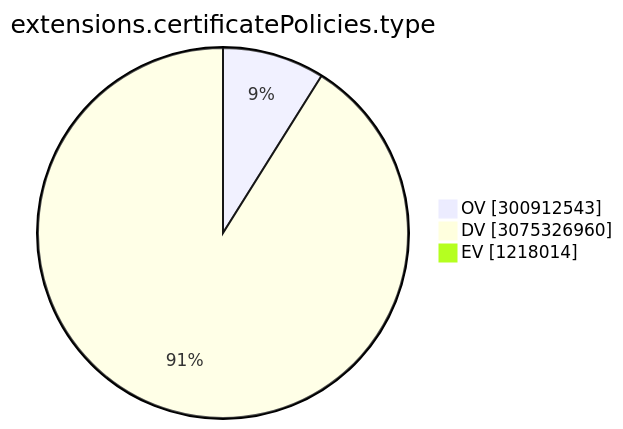
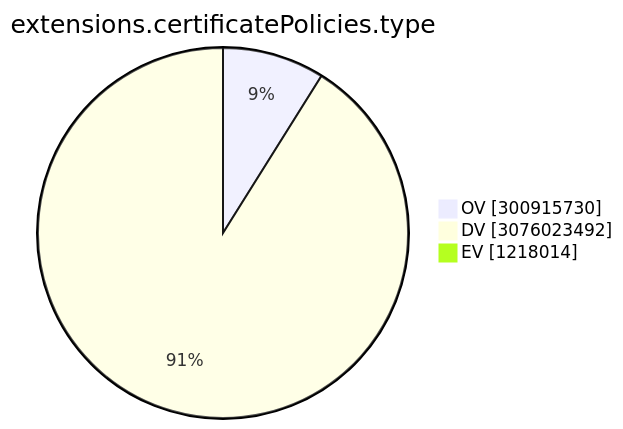
One commit to christiankrug/ctmonitor_visualization changed the ninth of 15 diagrams in TOTAL/README.md. Above: the diagram before and after it, drawn with Mermaid. The commit also changed other lines of this file, not shown here.

````diff
--- a/TOTAL/README.md
+++ b/TOTAL/README.md
@@ -3102,7 +3102,7 @@
 ```mermaid
 pie showData
 title extensions.certificatePolicies.type
-"OV" :300912543
-"DV" :3075326960
+"OV" :300915730
+"DV" :3076023492
 "EV" :1218014
 ```
````
